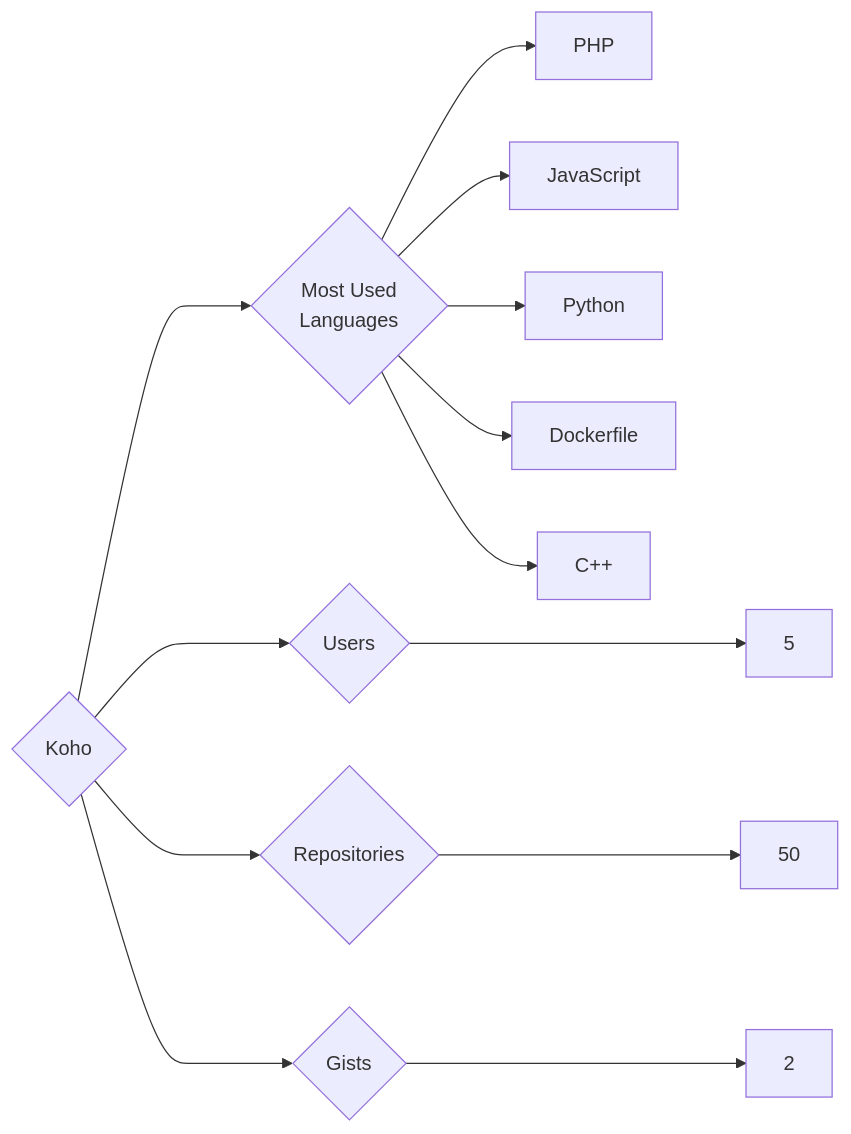
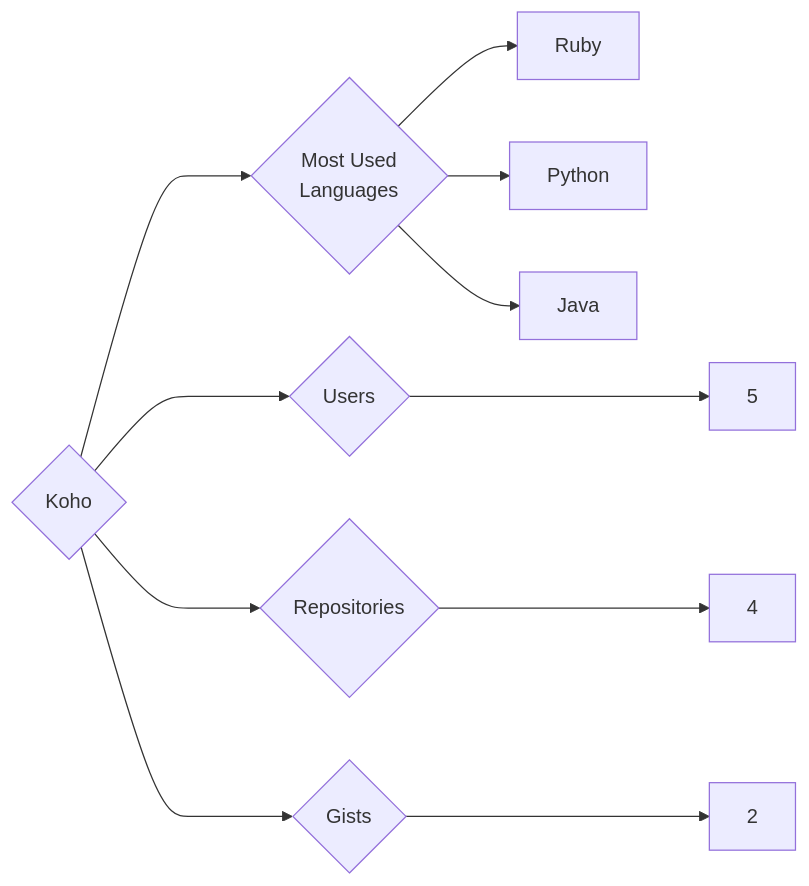
Before and after one commit to trickest/insiders: the diagram in targets/Koho/README.md, drawn with Mermaid. The commit also changed 553 other files, not shown here.

````diff
--- a/targets/Koho/README.md
+++ b/targets/Koho/README.md
@@ -3,13 +3,11 @@
 ```mermaid
 graph LR
 COMPANY_NAME{Koho}
 COMPANY_NAME ---> U{Users} ---> UN[5]
-COMPANY_NAME ---> R{Repositories} ---> RN[50]
+COMPANY_NAME ---> R{Repositories} ---> RN[4]
 COMPANY_NAME ---> G{Gists} ---> GN[2]
 COMPANY_NAME ---> ML{Most Used<br>Languages}
-ML --> PHP[PHP]
-ML --> JavaScript[JavaScript]
+ML --> Ruby[Ruby]
 ML --> Python[Python]
-ML --> Dockerfile[Dockerfile]
-ML --> C++[C++]
+ML --> Java[Java]
 ```
````
